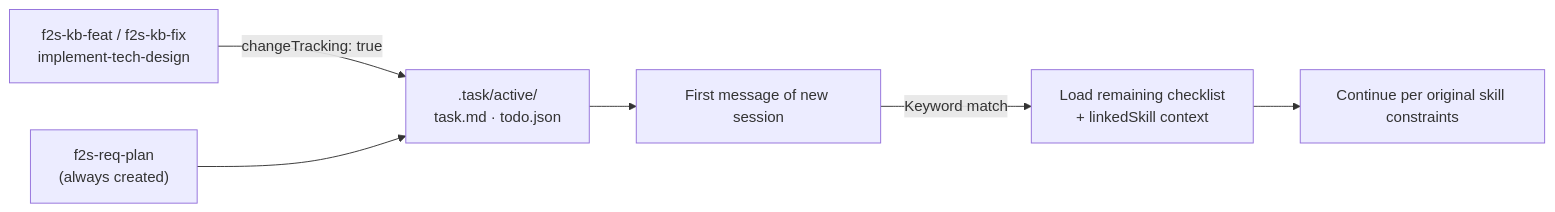
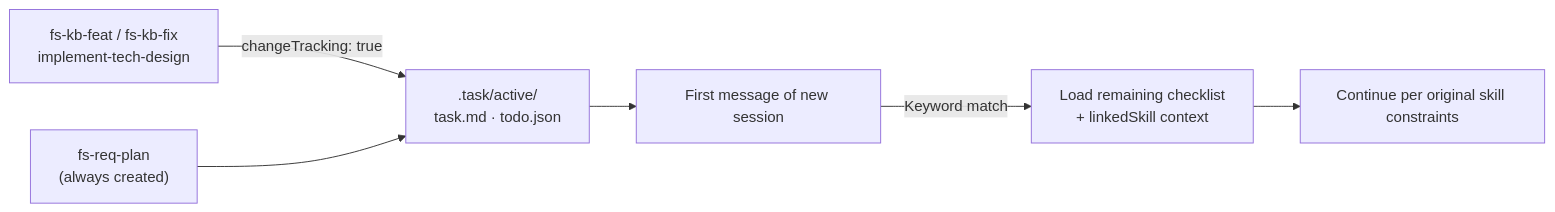
One commit to double-coding-lab/Flow2Spec changed the fourth of 7 diagrams in docs/en/design-principles.md. Above: the diagram before and after it, drawn with Mermaid. The commit also changed other lines of this file and 543 other files, not shown here.

Commit message:
♻️ refactor: 统一 flow-spec 命名与知识库路径

````diff
--- a/docs/en/design-principles.md
+++ b/docs/en/design-principles.md
@@ -139,9 +139,9 @@
 ```mermaid
 graph LR
-    SKILL["f2s-kb-feat / f2s-kb-fix\nimplement-tech-design"] -->|"changeTracking: true"| TJ[".task/active/\ntask.md · todo.json"]
-    RP["f2s-req-plan\n(always created)"] --> TJ
+    SKILL["fs-kb-feat / fs-kb-fix\nimplement-tech-design"] -->|"changeTracking: true"| TJ[".task/active/\ntask.md · todo.json"]
+    RP["fs-req-plan\n(always created)"] --> TJ
 
     TJ --> NS[First message of new session]
     NS -->|Keyword match| LD["Load remaining checklist\n+ linkedSkill context"]
     LD --> RS[Continue per original skill constraints]
 ```
````
